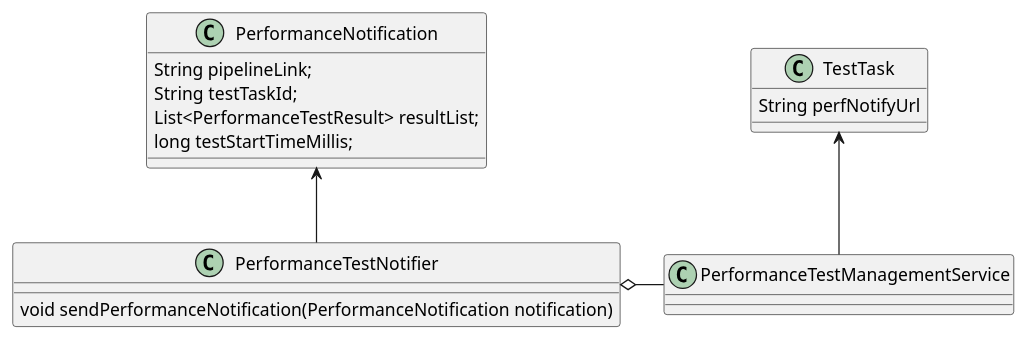
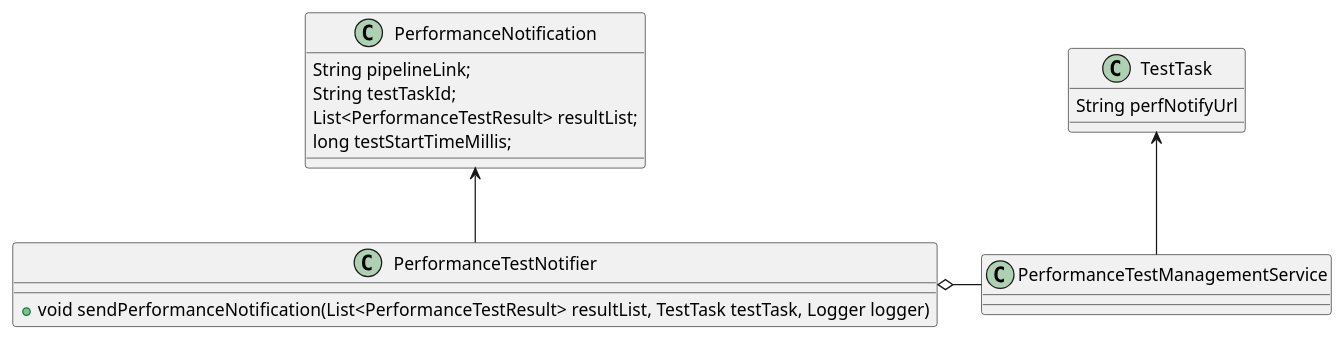
Before and after one commit to microsoft/HydraLab: the sixth of 7 diagrams in agent/doc/UML/performance_test_design.puml, drawn with PlantUML. The commit also changed 1 other file, not shown here.

Commit message:
Update uml

```diff
--- a/agent/doc/UML/performance_test_design.puml
+++ b/agent/doc/UML/performance_test_design.puml
@@ -167,20 +167,20 @@
 @startuml performance_test_notify_uml
 class TestTask {
     String perfNotifyUrl
 }
 
 class PerformanceNotification {
     String pipelineLink;
     String testTaskId;
     List<PerformanceTestResult> resultList;
     long testStartTimeMillis;
 }
 
 class PerformanceTestNotifier {
-    void sendPerformanceNotification(PerformanceNotification notification)
+    + void sendPerformanceNotification(List<PerformanceTestResult> resultList, TestTask testTask, Logger logger)
 }
 
 PerformanceTestManagementService -u-> TestTask
 PerformanceTestNotifier o- PerformanceTestManagementService
 PerformanceTestNotifier -u-> PerformanceNotification
 @enduml
```
